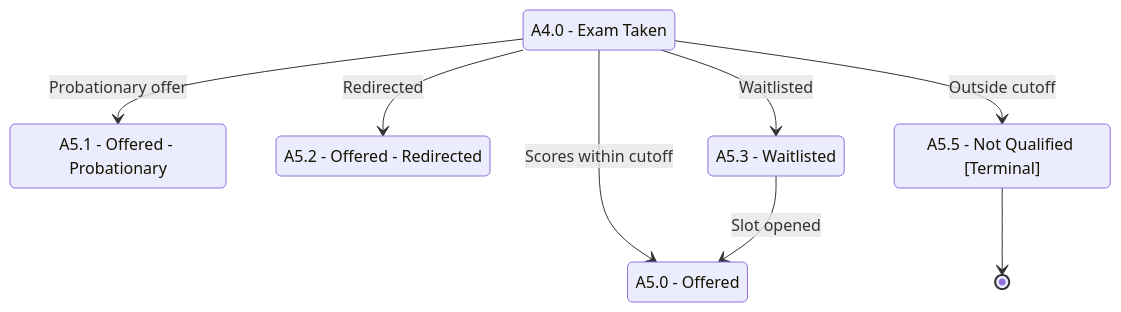
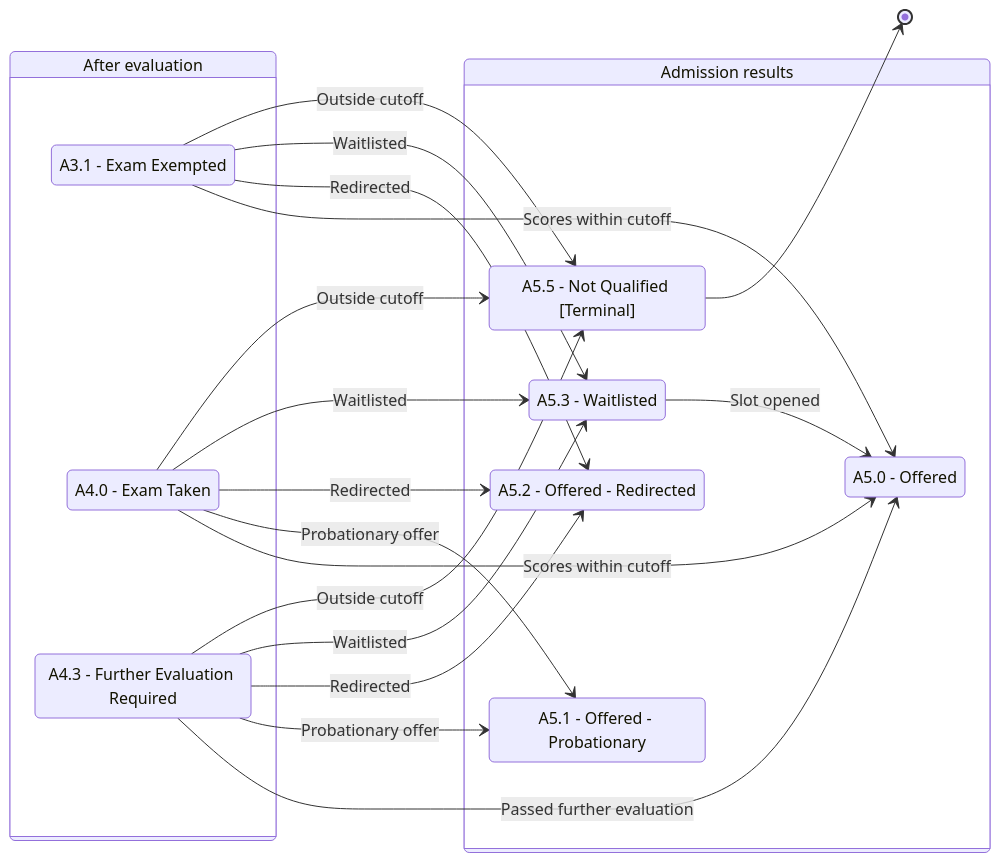
One commit to JeyyM/MSALGCM-Student-Journey changed the second of 2 diagrams in documentation/mermaid_diagrams/applicant_status/applicant_status_part_2_evaluation_to_decision.md. Above: the diagram before and after it, drawn with Mermaid. The commit also changed other lines of this file and 48 other files, not shown here.

````diff
--- a/documentation/mermaid_diagrams/applicant_status/applicant_status_part_2_evaluation_to_decision.md
+++ b/documentation/mermaid_diagrams/applicant_status/applicant_status_part_2_evaluation_to_decision.md
@@ -51,17 +53,37 @@
 ```mermaid
 stateDiagram-v2
-    state "A4.0 - Exam Taken" as A4_0
-    state "A5.0 - Offered" as A5_0
-    state "A5.1 - Offered - Probationary" as A5_1
-    state "A5.2 - Offered - Redirected" as A5_2
-    state "A5.3 - Waitlisted" as A5_3
-    state "A5.5 - Not Qualified [Terminal]" as A5_5
+    direction LR
 
+    state "After evaluation" as eval {
+        direction TB
+        state "A3.1 - Exam Exempted" as A3_1
+        state "A4.0 - Exam Taken" as A4_0
+        state "A4.3 - Further Evaluation Required" as A4_3
+    }
+
+    state "Admission results" as results {
+        direction TB
+        state "A5.0 - Offered" as A5_0
+        state "A5.1 - Offered - Probationary" as A5_1
+        state "A5.2 - Offered - Redirected" as A5_2
+        state "A5.3 - Waitlisted" as A5_3
+        state "A5.5 - Not Qualified [Terminal]" as A5_5
+    }
+
+    A3_1 --> A5_0: Scores within cutoff
+    A3_1 --> A5_2: Redirected
+    A3_1 --> A5_3: Waitlisted
+    A3_1 --> A5_5: Outside cutoff
     A4_0 --> A5_0: Scores within cutoff
     A4_0 --> A5_1: Probationary offer
     A4_0 --> A5_2: Redirected
     A4_0 --> A5_3: Waitlisted
     A4_0 --> A5_5: Outside cutoff
+    A4_3 --> A5_0: Passed further evaluation
+    A4_3 --> A5_1: Probationary offer
+    A4_3 --> A5_2: Redirected
+    A4_3 --> A5_3: Waitlisted
+    A4_3 --> A5_5: Outside cutoff
     A5_3 --> A5_0: Slot opened
     A5_5 --> [*]
 ```
````
